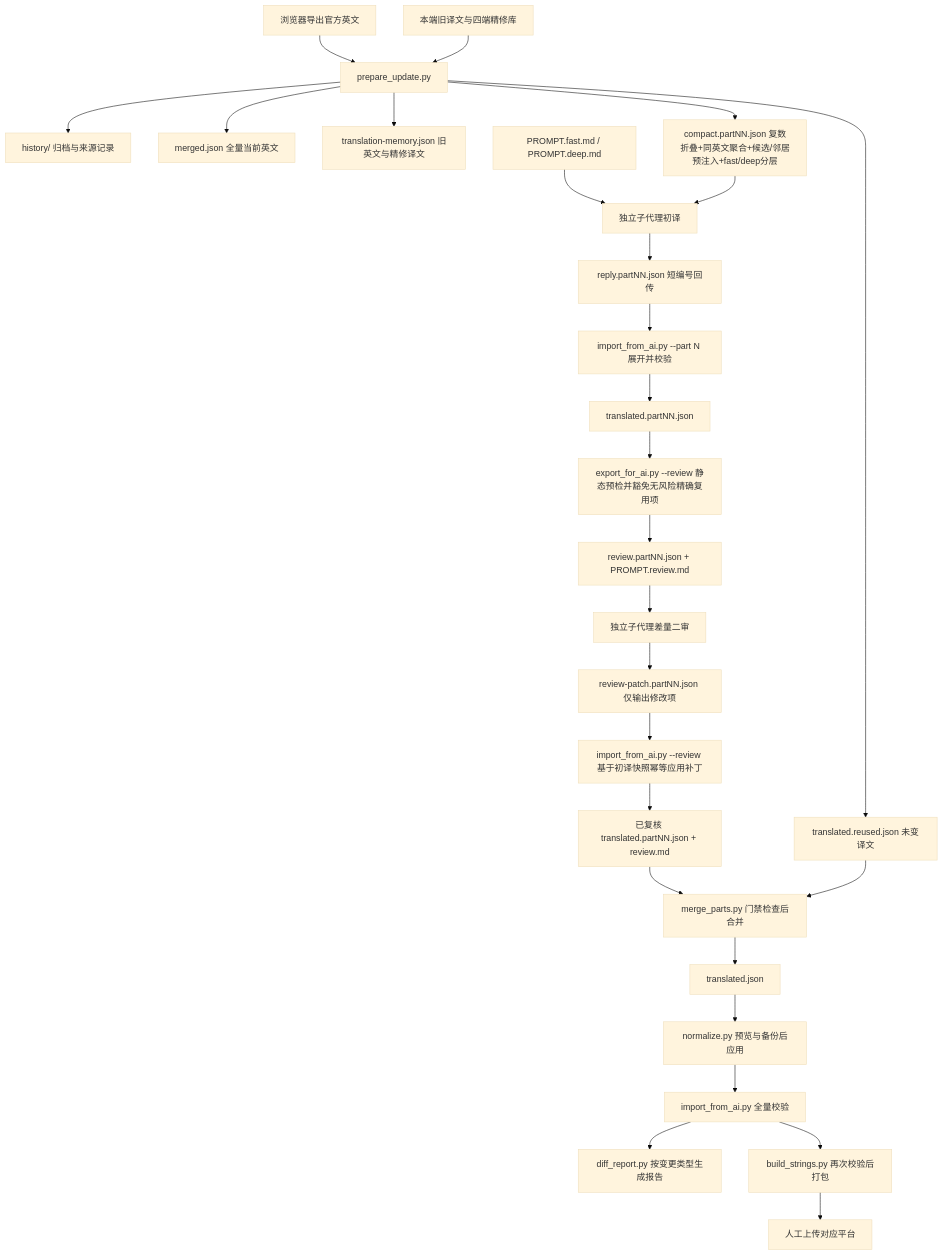
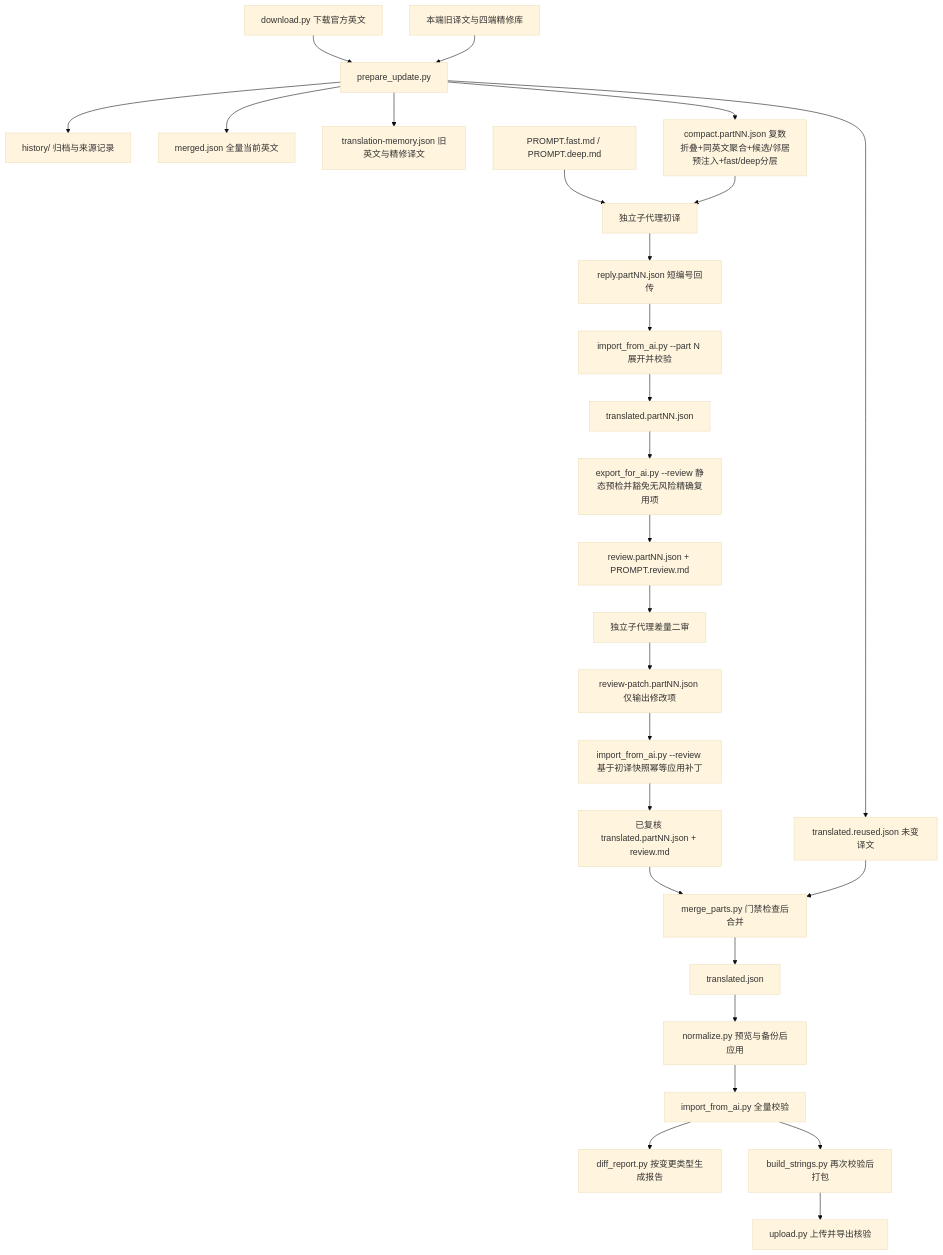
One commit to lainbo/tg-lang-zh-hans-refine changed the diagram in docs/01-architecture.md. Above: the diagram before and after it, drawn with Mermaid (base theme). The commit also changed 12 other files, not shown here.

````diff
--- a/docs/01-architecture.md
+++ b/docs/01-architecture.md
@@ -13,29 +13,29 @@
 ```mermaid
 flowchart TD
-    Download[浏览器导出官方英文] --> Prepare[prepare_update.py]
+    Download[download.py 下载官方英文] --> Prepare[prepare_update.py]
     Current[本端旧译文与四端精修库] --> Prepare
     Prepare --> History[history/ 归档与来源记录]
     Prepare --> Merged[merged.json 全量当前英文]
     Prepare --> Reused[translated.reused.json 未变译文]
     Prepare --> Memory[translation-memory.json 旧英文与精修译文]
     Prepare --> Compact[compact.partNN.json 复数折叠+同英文聚合+候选/邻居预注入+fast/deep分层]
     Style[PROMPT.fast.md / PROMPT.deep.md] --> Subagent[独立子代理初译]
     Compact --> Subagent
     Subagent --> Reply[reply.partNN.json 短编号回传]
     Reply --> Expand[import_from_ai.py --part N 展开并校验]
     Expand --> TransPart[translated.partNN.json]
     TransPart --> ExportRev[export_for_ai.py --review 静态预检并豁免无风险精确复用项]
     ExportRev --> RevPack[review.partNN.json + PROMPT.review.md]
     RevPack --> RevAgent[独立子代理差量二审]
     RevAgent --> Patch[review-patch.partNN.json 仅输出修改项]
     Patch --> ApplyRev[import_from_ai.py --review 基于初译快照幂等应用补丁]
     ApplyRev --> PartsOK[已复核 translated.partNN.json + review.md]
     PartsOK --> Merge[merge_parts.py 门禁检查后合并]
     Reused --> Merge
     Merge --> Final[translated.json]
     Final --> Normalize[normalize.py 预览与备份后应用]
     Normalize --> Validate[import_from_ai.py 全量校验]
     Validate --> Report[diff_report.py 按变更类型生成报告]
     Validate --> Build[build_strings.py 再次校验后打包]
-    Build --> Upload[人工上传对应平台]
+    Build --> Upload[upload.py 上传并导出核验]
 ```
````
